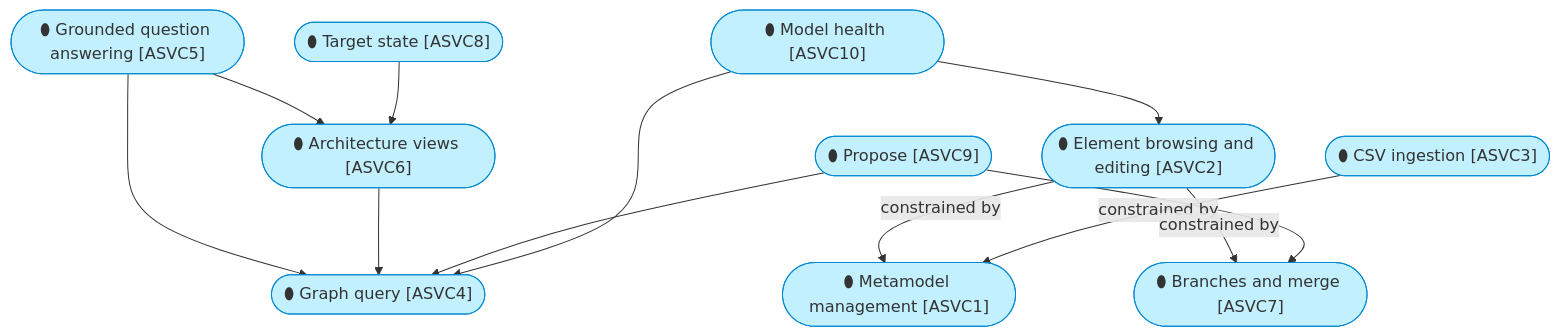
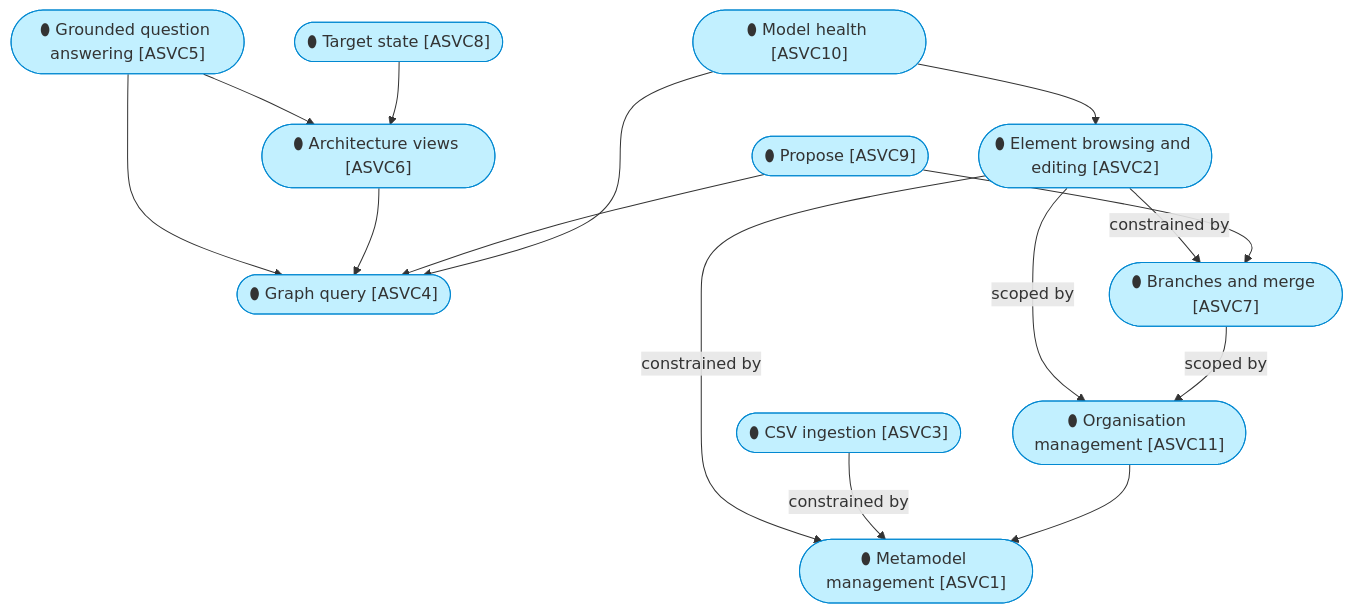
The third of 4 diagrams in architecture/4_application/1_application-services.md (roanboc/dbx-enterprise-architecture), drawn with Mermaid before and after one commit. The commit also changed other lines of this file and 91 other files, not shown here.

````diff
--- a/architecture/4_application/1_application-services.md
+++ b/architecture/4_application/1_application-services.md
@@ -74,26 +78,30 @@
 ```mermaid
 flowchart TB
   s1(["⬮ Metamodel management [ASVC1]"]):::application
   s2(["⬮ Element browsing and editing [ASVC2]"]):::application
   s3(["⬮ CSV ingestion [ASVC3]"]):::application
   s4(["⬮ Graph query [ASVC4]"]):::application
   s5(["⬮ Grounded question answering [ASVC5]"]):::application
   s6(["⬮ Architecture views [ASVC6]"]):::application
   s7(["⬮ Branches and merge [ASVC7]"]):::application
   s8(["⬮ Target state [ASVC8]"]):::application
   s9(["⬮ Propose [ASVC9]"]):::application
   s10(["⬮ Model health [ASVC10]"]):::application
+  s11(["⬮ Organisation management [ASVC11]"]):::application
   s2 -->|constrained by| s1
   s3 -->|constrained by| s1
   s2 -->|constrained by| s7
   s5 --> s4
   s5 --> s6
   s6 --> s4
   s8 --> s6
   s9 --> s7
   s9 --> s4
   s10 --> s4
   s10 --> s2
+  s11 --> s1
+  s2 -->|scoped by| s11
+  s7 -->|scoped by| s11
 
   classDef application fill:#c2f0ff,stroke:#0288d1,color:#333
 ```
````
